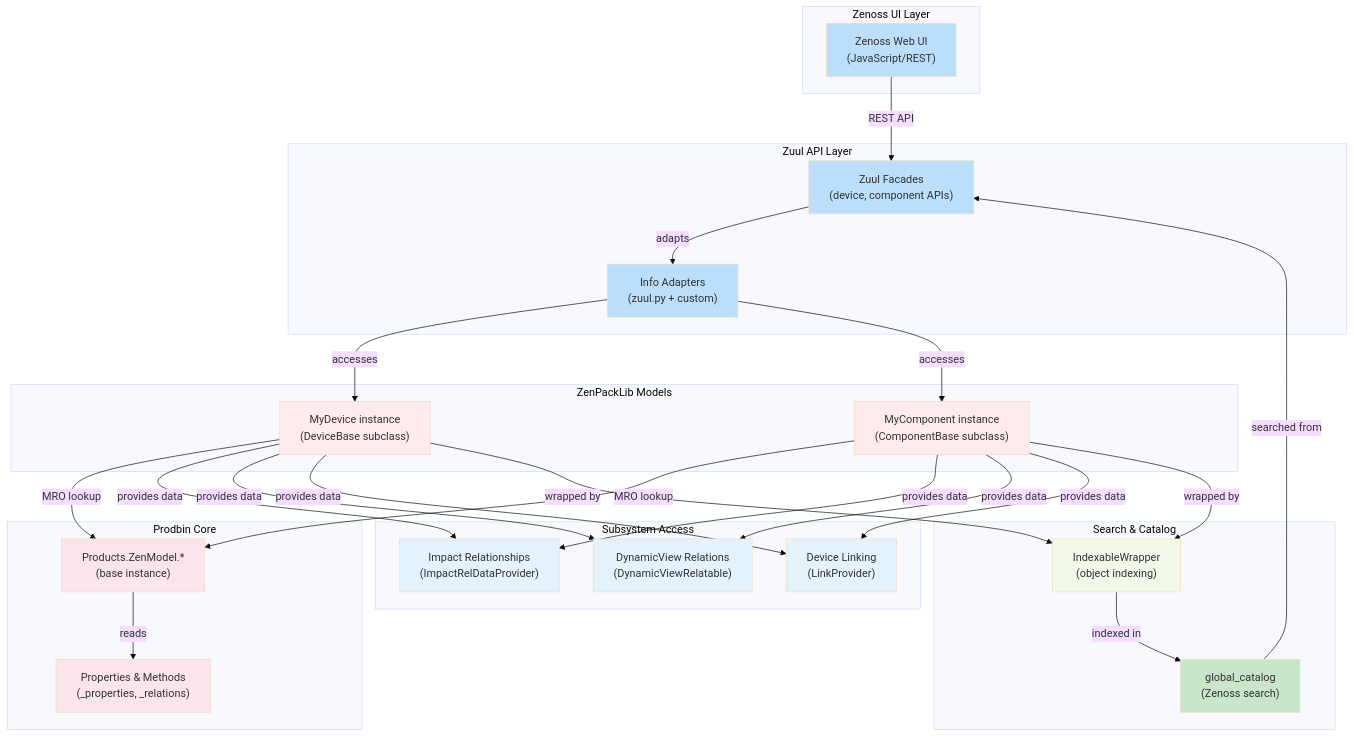
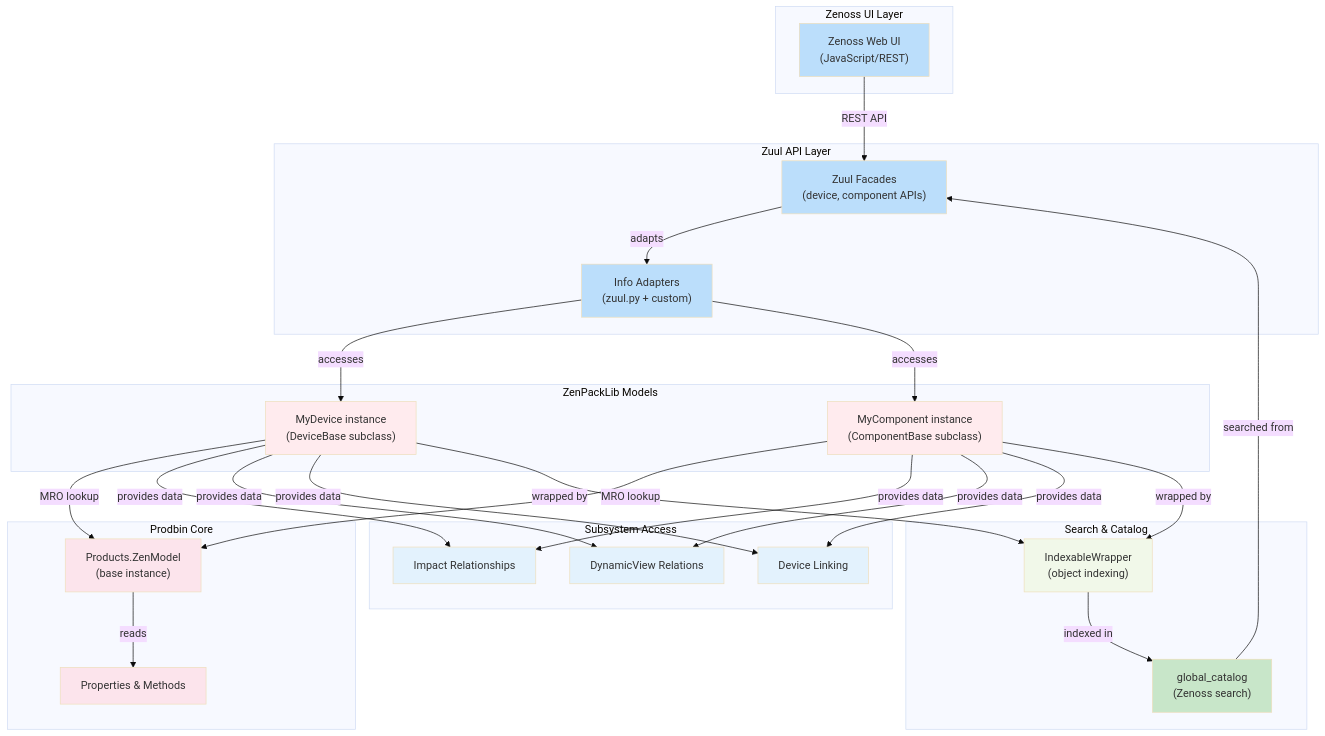
The third of 7 diagrams in ARCHITECTURE_AND_REVERSE_ENGINEERING.md (lundybernard/ZenPacks.zenoss.ZenPackLib), drawn with Mermaid (base theme) before and after one commit. The commit also changed other lines of this file, not shown here.

Commit message:
Refactor mermaid diagrams for clarity and consistency in architecture documentation

````diff
--- a/ARCHITECTURE_AND_REVERSE_ENGINEERING.md
+++ b/ARCHITECTURE_AND_REVERSE_ENGINEERING.md
@@ -373,60 +375,63 @@
 ```mermaid
 graph TB
-    subgraph "Zenoss UI Layer"
+    subgraph UI_L["Zenoss UI Layer"]
         UI["Zenoss Web UI<br/>(JavaScript/REST)"]
     end
 
-    subgraph "Zuul API Layer"
+    subgraph ZUUL_L["Zuul API Layer"]
         ZUULFACADE["Zuul Facades<br/>(device, component APIs)"]
         INFOADAPT["Info Adapters<br/>(zuul.py + custom)"]
     end
 
-    subgraph "ZenPackLib Models"
+    subgraph MODEL_L["ZenPackLib Models"]
         DEVOBJ["MyDevice instance<br/>(DeviceBase subclass)"]
         COMPOBJ["MyComponent instance<br/>(ComponentBase subclass)"]
     end
 
-    subgraph "Prodbin Core"
-        PRODOBJ["Products.ZenModel.*<br/>(base instance)"]
-        PROPS["Properties & Methods<br/>(_properties, _relations)"]
+    subgraph PROD_L["Prodbin Core"]
+        PRODOBJ["Products.ZenModel<br/>(base instance)"]
+        PROPS["Properties & Methods"]
     end
 
-    subgraph "Subsystem Access"
-        IMPACTQ["Impact Relationships<br/>(ImpactRelDataProvider)"]
-        DYVIEWQ["DynamicView Relations<br/>(DynamicViewRelatable)"]
-        LINKPROV["Device Linking<br/>(LinkProvider)"]
+    subgraph SUB_L["Subsystem Access"]
+        IMPACTQ["Impact Relationships"]
+        DYVIEWQ["DynamicView Relations"]
+        LINKPROV["Device Linking"]
     end
 
-    subgraph "Search & Catalog"
+    subgraph CAT_L["Search & Catalog"]
         CAT["global_catalog<br/>(Zenoss search)"]
         WRAPPER["IndexableWrapper<br/>(object indexing)"]
     end
 
     UI -->|REST API| ZUULFACADE
     ZUULFACADE -->|adapts| INFOADAPT
-    INFOADAPT -->|accesses| DEVOBJ & COMPOBJ
-
-    DEVOBJ & COMPOBJ -->|MRO lookup| PRODOBJ
+    INFOADAPT -->|accesses| DEVOBJ
+    INFOADAPT -->|accesses| COMPOBJ
+    DEVOBJ -->|MRO lookup| PRODOBJ
+    COMPOBJ -->|MRO lookup| PRODOBJ
     PRODOBJ -->|reads| PROPS
-
-    DEVOBJ & COMPOBJ -->|provides data| IMPACTQ
-    DEVOBJ & COMPOBJ -->|provides data| DYVIEWQ
-    DEVOBJ & COMPOBJ -->|provides data| LINKPROV
-
-    DEVOBJ & COMPOBJ -->|wrapped by| WRAPPER
+    DEVOBJ -->|provides data| IMPACTQ
+    DEVOBJ -->|provides data| DYVIEWQ
+    DEVOBJ -->|provides data| LINKPROV
+    COMPOBJ -->|provides data| IMPACTQ
+    COMPOBJ -->|provides data| DYVIEWQ
+    COMPOBJ -->|provides data| LINKPROV
+    DEVOBJ -->|wrapped by| WRAPPER
+    COMPOBJ -->|wrapped by| WRAPPER
     WRAPPER -->|indexed in| CAT
     CAT -->|searched from| ZUULFACADE
 
     style UI fill:#bbdefb
     style ZUULFACADE fill:#bbdefb
     style INFOADAPT fill:#bbdefb
     style DEVOBJ fill:#ffebee
     style COMPOBJ fill:#ffebee
     style PRODOBJ fill:#fce4ec
     style PROPS fill:#fce4ec
     style IMPACTQ fill:#e3f2fd
     style DYVIEWQ fill:#e3f2fd
     style LINKPROV fill:#e3f2fd
     style CAT fill:#c8e6c9
     style WRAPPER fill:#f1f8e9
 ```
````
